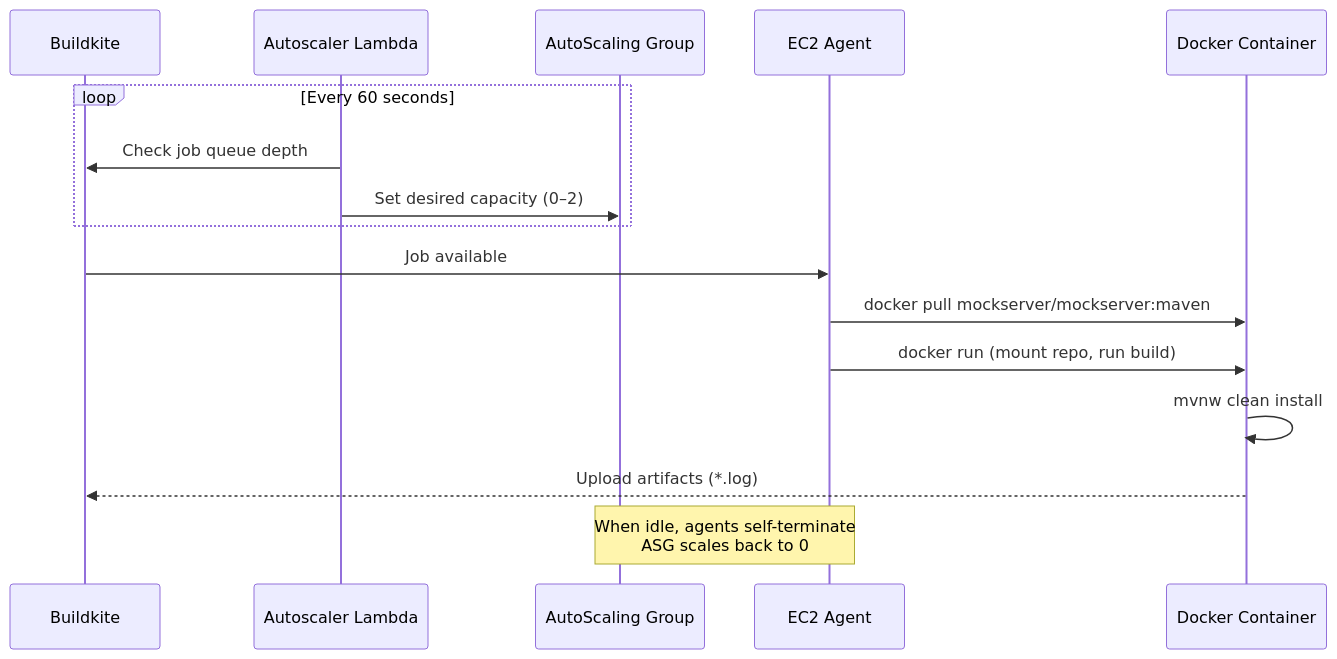
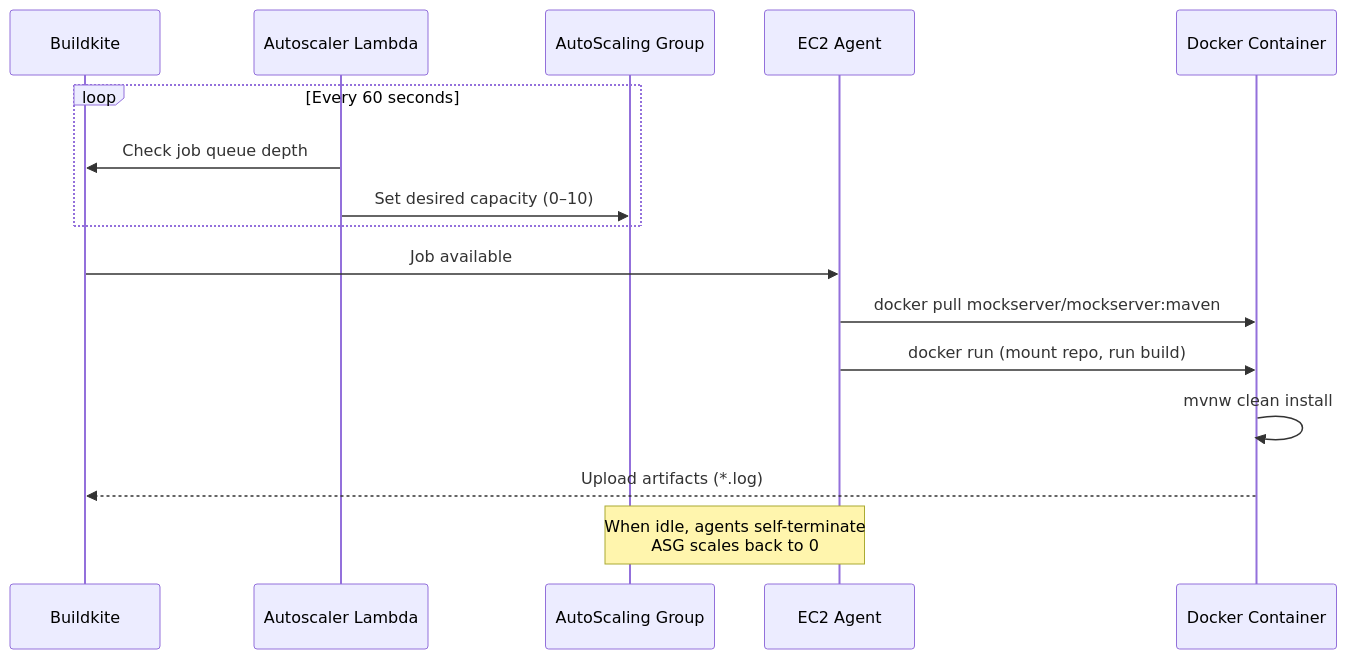
Before and after one commit to mock-server/mockserver: the third of 5 diagrams in docs/infrastructure/aws-infrastructure.md, drawn with Mermaid. The commit also changed other lines of this file and 5 other files, not shown here.

````diff
--- a/docs/infrastructure/aws-infrastructure.md
+++ b/docs/infrastructure/aws-infrastructure.md
@@ -210,21 +210,21 @@
 ```mermaid
 sequenceDiagram
     participant BK as Buildkite
     participant Lambda as Autoscaler Lambda
     participant ASG as AutoScaling Group
     participant Agent as EC2 Agent
     participant Docker as Docker Container
 
     loop Every 60 seconds
         Lambda->>BK: Check job queue depth
-        Lambda->>ASG: Set desired capacity (0–2)
+        Lambda->>ASG: Set desired capacity (0–10)
     end
 
     BK->>Agent: Job available
     Agent->>Docker: docker pull mockserver/mockserver:maven
     Agent->>Docker: docker run (mount repo, run build)
     Docker->>Docker: mvnw clean install
     Docker-->>BK: Upload artifacts (*.log)
 
     Note over Agent,ASG: When idle, agents self-terminate<br/>ASG scales back to 0
 ```
````
